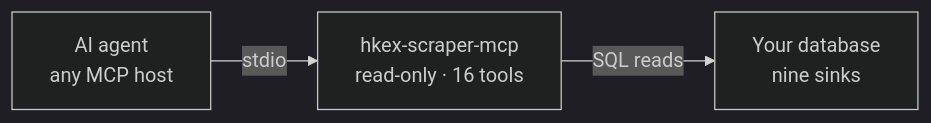
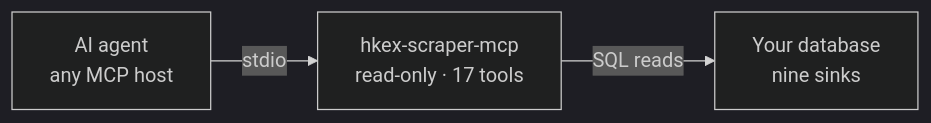
Before and after one commit to simonplmak-cloud/hkex-filing-scraper: the diagram in docs/mcp.md, drawn with Mermaid (dark theme). The commit also changed other lines of this file and 2 other files, not shown here.

Commit message:
docs: promote the Glama MCP server listing in README and docs

````diff
--- a/docs/mcp.md
+++ b/docs/mcp.md
@@ -15,5 +19,5 @@
 ```mermaid
 flowchart LR
-    A["AI agent<br/>any MCP host"] -->|stdio| S["hkex-scraper-mcp<br/>read-only · 16 tools"]
+    A["AI agent<br/>any MCP host"] -->|stdio| S["hkex-scraper-mcp<br/>read-only · 17 tools"]
     S -->|"SQL reads"| D["Your database<br/>nine sinks"]
 ```
````
